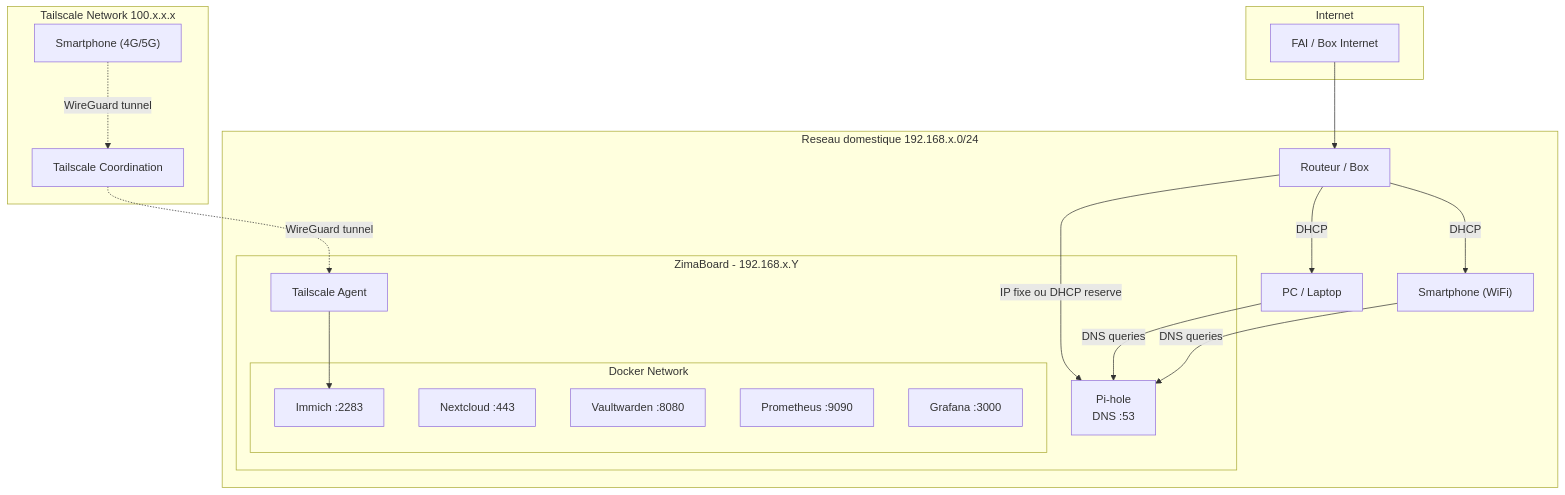
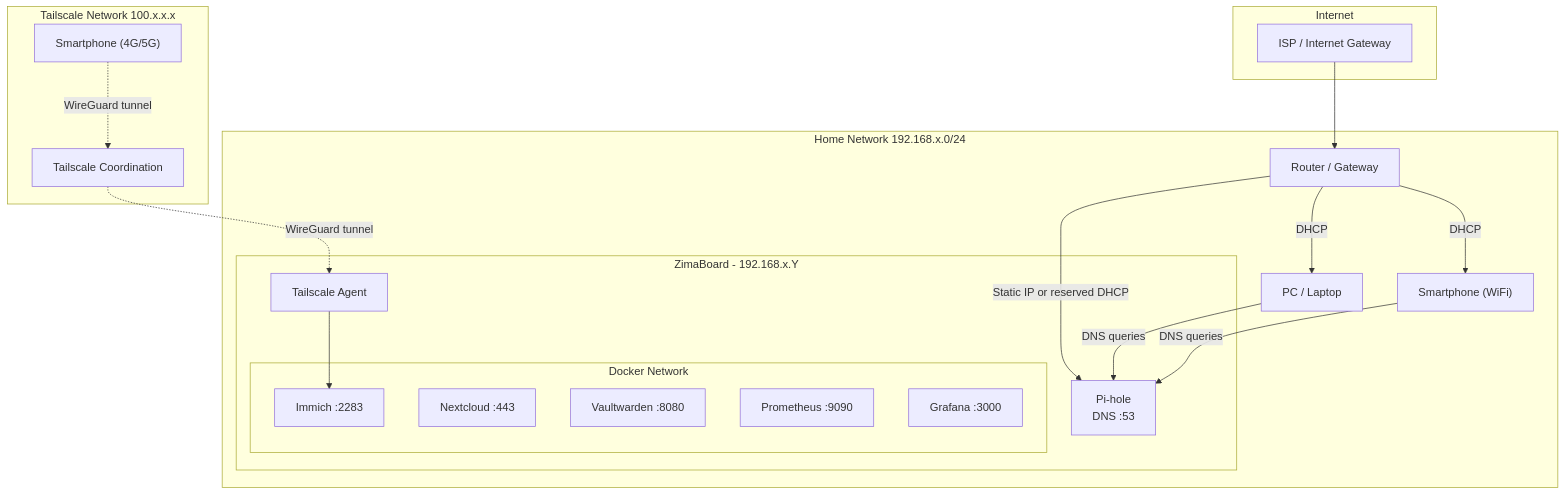
One commit to RustyHammer/homelab-infrastructure changed the diagram in docs/network-diagram.md. Above: the diagram before and after it, drawn with Mermaid. The commit also changed other lines of this file and 2 other files, not shown here.

````diff
--- a/docs/network-diagram.md
+++ b/docs/network-diagram.md
@@ -5,43 +5,43 @@
 ```mermaid
 graph TB
     subgraph "Internet"
-        ISP[FAI / Box Internet]
+        ISP[ISP / Internet Gateway]
     end
 
-    subgraph "Reseau domestique 192.168.x.0/24"
-        ROUTER[Routeur / Box]
+    subgraph "Home Network 192.168.x.0/24"
+        ROUTER[Router / Gateway]
 
         subgraph "ZimaBoard - 192.168.x.Y"
             PIHOLE["Pi-hole<br/>DNS :53"]
             TS_AGENT["Tailscale Agent"]
 
             subgraph "Docker Network"
                 IMMICH["Immich :2283"]
                 NC["Nextcloud :443"]
                 VW["Vaultwarden :8080"]
                 PROM["Prometheus :9090"]
                 GRAF["Grafana :3000"]
             end
         end
 
         PC["PC / Laptop"]
         PHONE_LOCAL["Smartphone (WiFi)"]
     end
 
     subgraph "Tailscale Network 100.x.x.x"
         TS_COORD["Tailscale Coordination"]
         PHONE_EXT["Smartphone (4G/5G)"]
     end
 
     ISP --> ROUTER
     ROUTER -->|DHCP| PC
     ROUTER -->|DHCP| PHONE_LOCAL
-    ROUTER -->|IP fixe ou DHCP reserve| PIHOLE
+    ROUTER -->|Static IP or reserved DHCP| PIHOLE
 
     PC -->|DNS queries| PIHOLE
     PHONE_LOCAL -->|DNS queries| PIHOLE
 
     PHONE_EXT -.->|WireGuard tunnel| TS_COORD
     TS_COORD -.->|WireGuard tunnel| TS_AGENT
     TS_AGENT --> IMMICH
 ```
````
